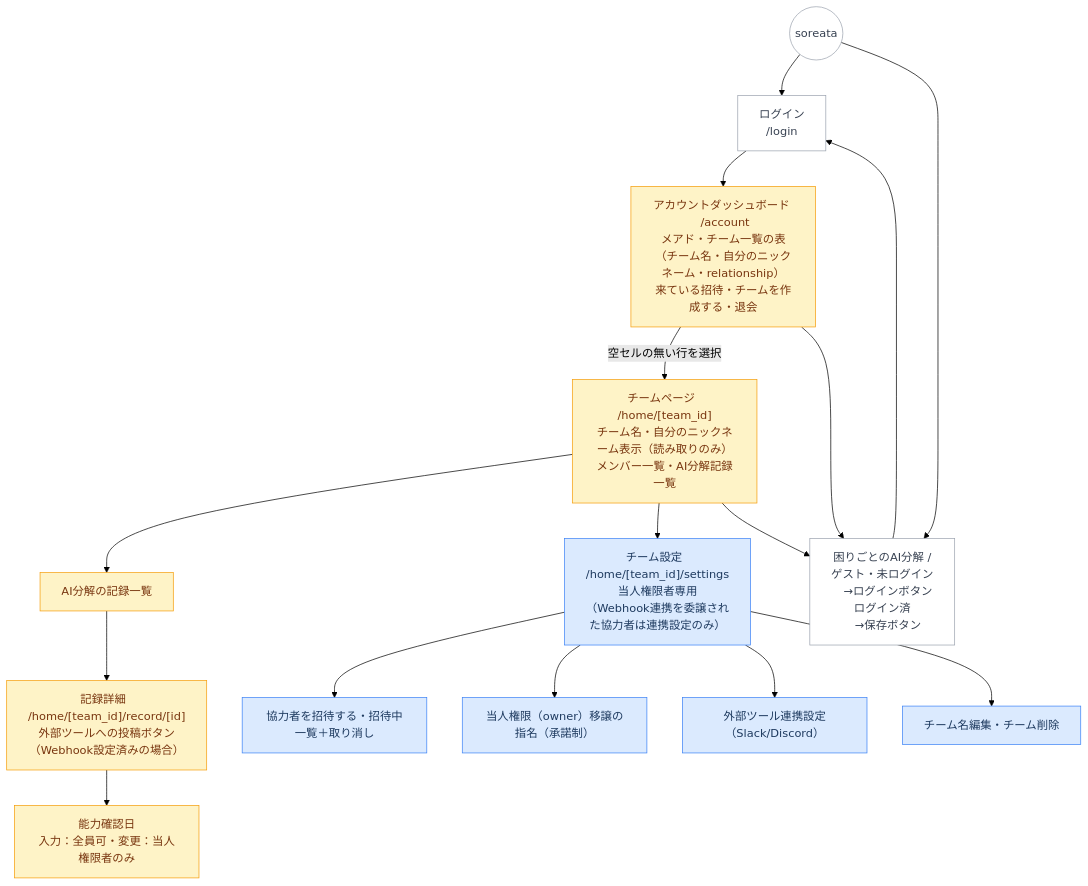
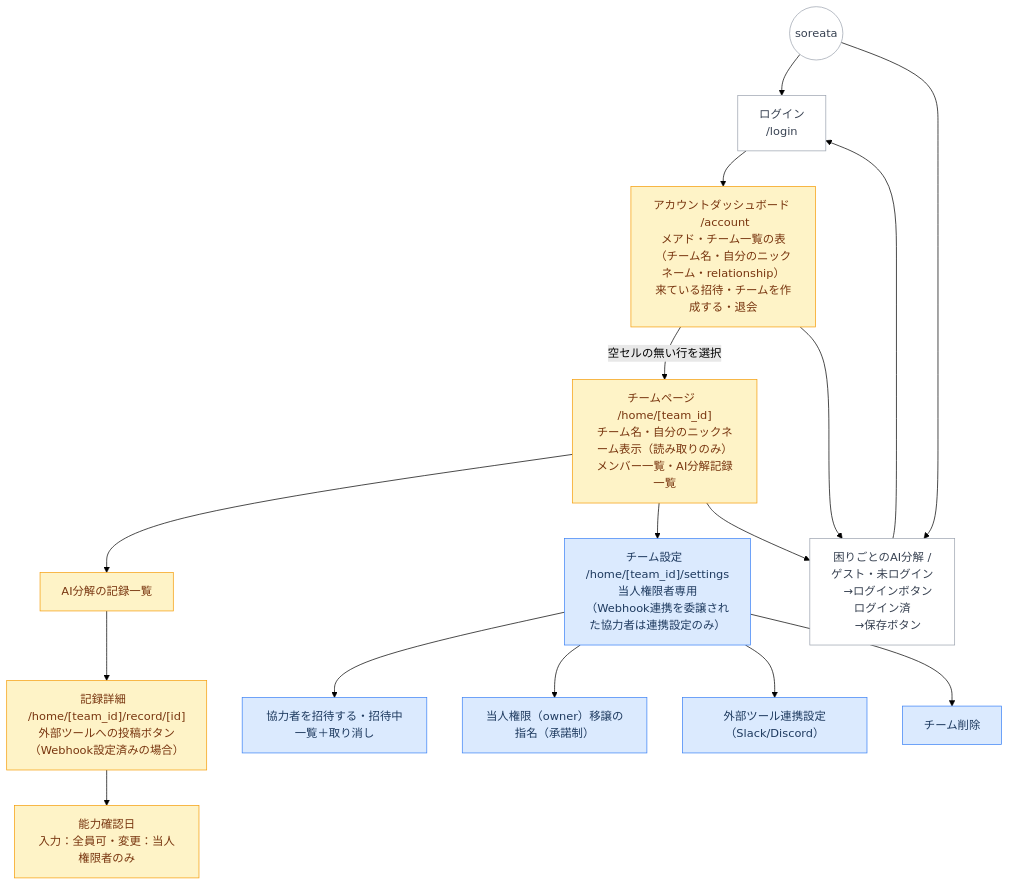
The diagram in docs/screen_tree.md (minamy-i/soreata), drawn with Mermaid (forest theme) before and after one commit. The commit also changed other lines of this file and 1 other file, not shown here.

Commit message:
docs: チーム名編集の場所に関する記述の矛盾を解消
SPEC.mdのチームページ比較表・screen_tree.mdのチーム設定ノードに
「チーム名編集」が誤って残っていた（実際は/accountのチーム一覧表で行う、
と既に決定済み）。該当箇所を削除して実装と一致させる。

````diff
--- a/docs/screen_tree.md
+++ b/docs/screen_tree.md
@@ -1,35 +1,35 @@
 ```mermaid
 graph TD
     classDef all fill:#ffffff,stroke:#9ca3af,color:#374151
     classDef owner fill:#dbeafe,stroke:#3b82f6,color:#1e3a5f
     classDef shared fill:#fef3c7,stroke:#f59e0b,color:#78350f
 
     ROOT((soreata))
 
     ROOT --> LOGIN[ログイン\n/login]
     ROOT --> AI["困りごとのAI分解  /\nゲスト・未ログイン\n　→ログインボタン\nログイン済\n　→保存ボタン"]
     AI --> LOGIN
 
     LOGIN --> A_DASH
 
     A_DASH["アカウントダッシュボード  /account\nメアド・チーム一覧の表\n（チーム名・自分のニックネーム・relationship）\n来ている招待・チームを作成する・退会"]
     A_DASH -->|"空セルの無い行を選択"| TEAM
     A_DASH --> AI
 
     TEAM["チームページ  /home/[team_id]\nチーム名・自分のニックネーム表示（読み取りのみ）\nメンバー一覧・AI分解記録一覧"]
     TEAM --> AI_REC["AI分解の記録一覧"]
     AI_REC --> RECORD["記録詳細  /home/[team_id]/record/[id]\n外部ツールへの投稿ボタン（Webhook設定済みの場合）"]
     RECORD --> CONF["能力確認日\n入力：全員可・変更：当人権限者のみ"]
 
     TEAM --> T_SET["チーム設定  /home/[team_id]/settings\n当人権限者専用\n（Webhook連携を委譲された協力者は連携設定のみ）"]
     T_SET --> INVITE["協力者を招待する・招待中一覧＋取り消し"]
     T_SET --> TRANSFER["当人権限（owner）移譲の指名（承諾制）"]
     T_SET --> WEBHOOK["外部ツール連携設定（Slack/Discord）"]
-    T_SET --> TEAMEDIT["チーム名編集・チーム削除"]
+    T_SET --> TEAMEDIT["チーム削除"]
 
     TEAM --> AI
 
     class ROOT,LOGIN,AI all
     class T_SET,INVITE,TRANSFER,WEBHOOK,TEAMEDIT owner
     class A_DASH,TEAM,AI_REC,RECORD,CONF shared
 ```
````
